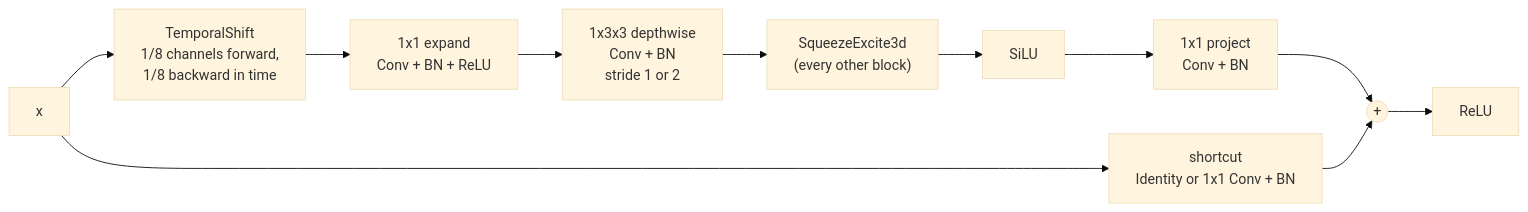
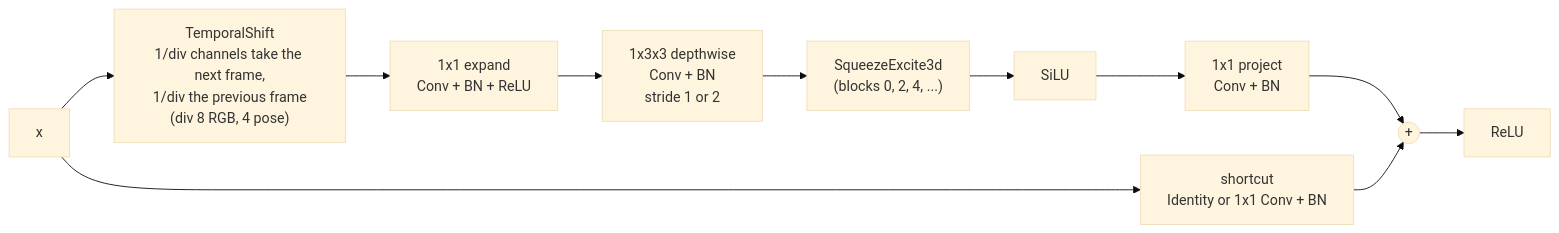
Before and after one commit to jmanuelc87/boxing: the third of 5 diagrams in ARCHITECTURE.md, drawn with Mermaid (base theme). The commit also changed other lines of this file and 1 other file, not shown here.

````diff
--- a/ARCHITECTURE.md
+++ b/ARCHITECTURE.md
@@ -69,13 +75,13 @@
 ```mermaid
 flowchart LR
-    X["x"] --> TS["TemporalShift<br/>1/8 channels forward,<br/>1/8 backward in time"]
+    X["x"] --> TS["TemporalShift<br/>1/div channels take the next frame,<br/>1/div the previous frame<br/>(div 8 RGB, 4 pose)"]
     TS --> EX["1x1 expand<br/>Conv + BN + ReLU"]
     EX --> DW["1x3x3 depthwise<br/>Conv + BN<br/>stride 1 or 2"]
-    DW --> SE["SqueezeExcite3d<br/>(every other block)"]
+    DW --> SE["SqueezeExcite3d<br/>(blocks 0, 2, 4, ...)"]
     SE --> SI["SiLU"]
     SI --> PR["1x1 project<br/>Conv + BN"]
     PR --> ADD(("+"))
     X --> SC["shortcut<br/>Identity or 1x1 Conv + BN"]
     SC --> ADD
     ADD --> RE["ReLU"]
 ```
````
